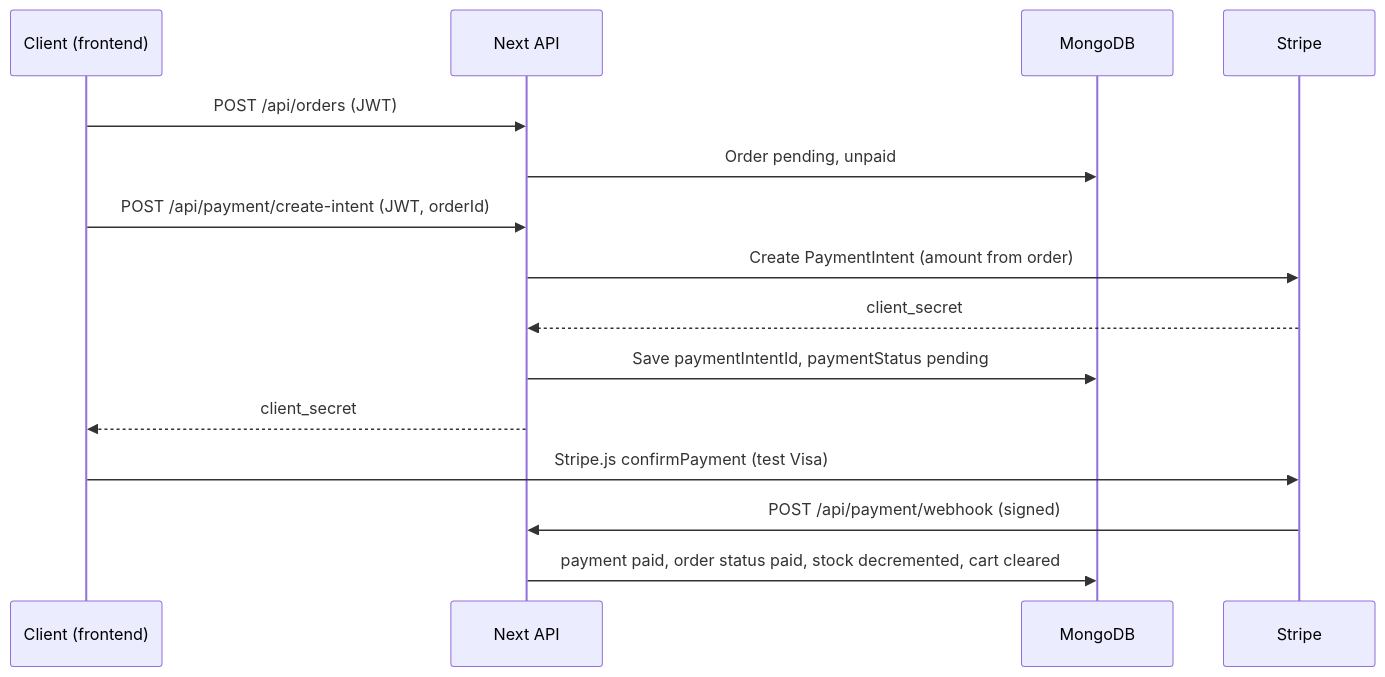
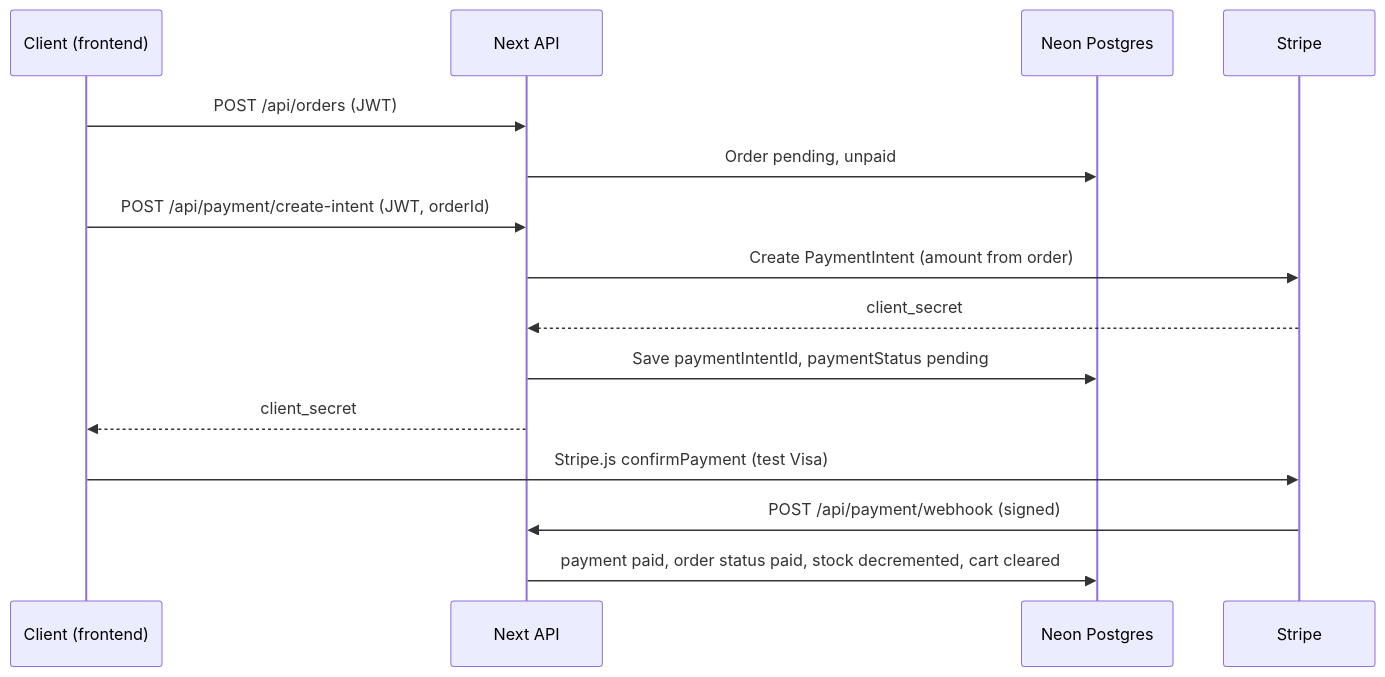
The diagram in backend/README.md (chinguyen901/web2), drawn with Mermaid before and after one commit. The commit also changed other lines of this file and 25 other files, not shown here.

````diff
--- a/backend/README.md
+++ b/backend/README.md
@@ -110,18 +121,18 @@
 ```mermaid
 sequenceDiagram
   participant C as Client (frontend)
   participant A as Next API
-  participant D as MongoDB
+  participant D as Neon Postgres
   participant S as Stripe
 
   C->>A: POST /api/orders (JWT)
   A->>D: Order pending, unpaid
   C->>A: POST /api/payment/create-intent (JWT, orderId)
   A->>S: Create PaymentIntent (amount from order)
   S-->>A: client_secret
   A->>D: Save paymentIntentId, paymentStatus pending
   A-->>C: client_secret
   C->>S: Stripe.js confirmPayment (test Visa)
   S->>A: POST /api/payment/webhook (signed)
   A->>D: payment paid, order status paid, stock decremented, cart cleared
 ```
````
